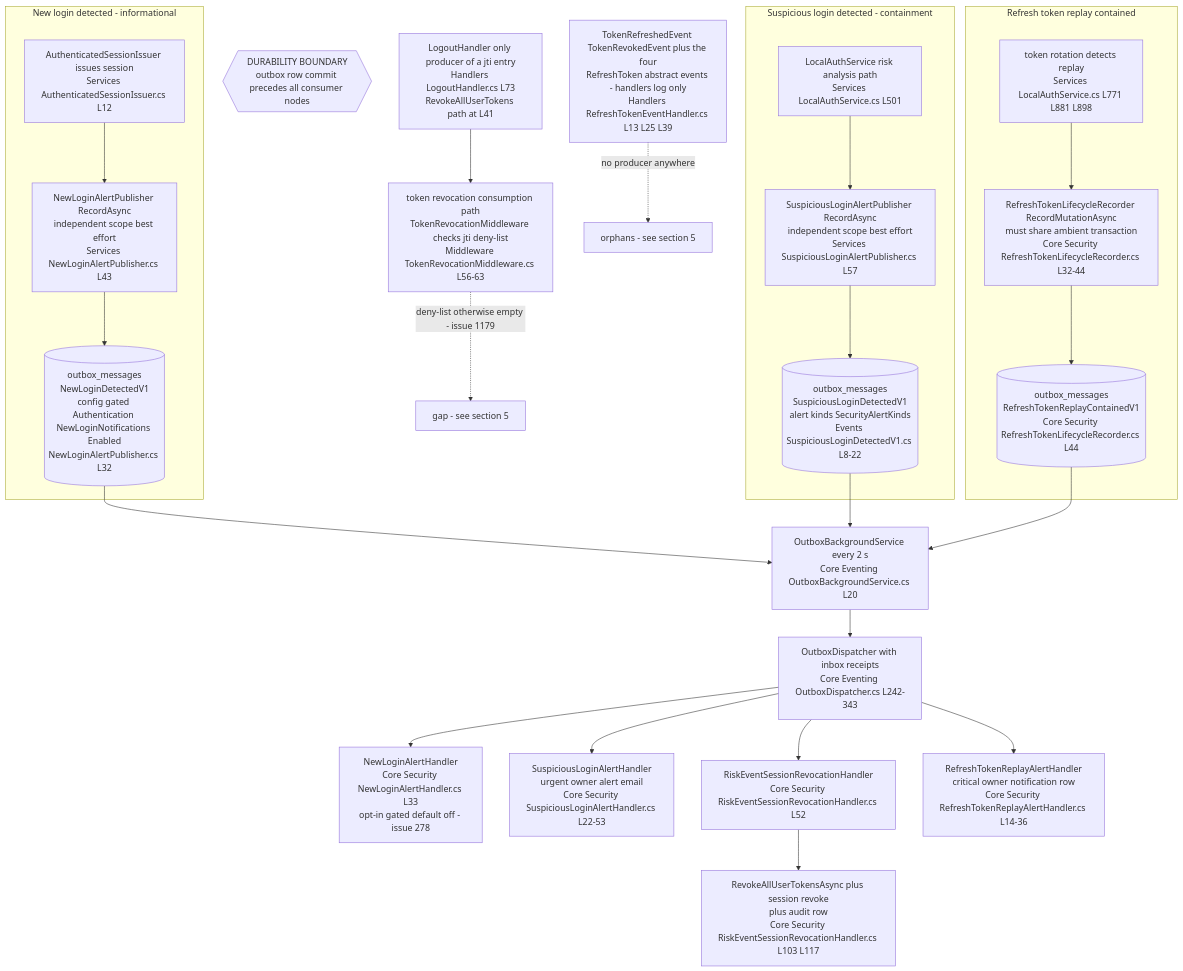
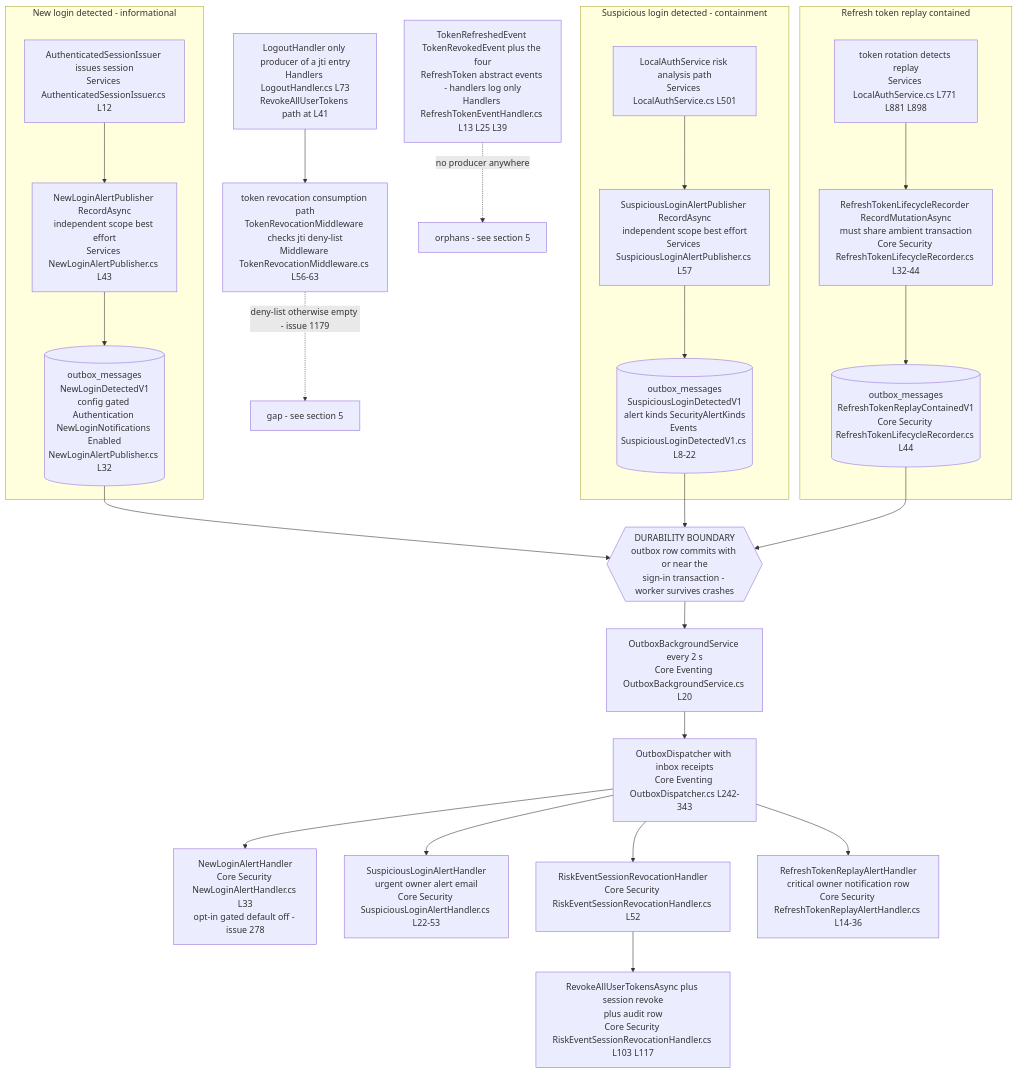
Before and after one commit to gameguild-gg/gameguild: the third of 6 diagrams in docs/auth/event-flows.md, drawn with Mermaid. The commit also changed other lines of this file, not shown here.

Commit message:
docs(auth): connect durability boundary node in session/token diagram

````diff
--- a/docs/auth/event-flows.md
+++ b/docs/auth/event-flows.md
@@ -160,31 +160,32 @@
 ```mermaid
 flowchart TD
     subgraph NEWLOGIN["New login detected - informational"]
         ISS["AuthenticatedSessionIssuer issues session<br/>Services AuthenticatedSessionIssuer.cs L12"] --> NLP["NewLoginAlertPublisher RecordAsync<br/>independent scope best effort<br/>Services NewLoginAlertPublisher.cs L43"]
         NLP --> OB1[("outbox_messages<br/>NewLoginDetectedV1<br/>config gated Authentication NewLoginNotifications Enabled<br/>NewLoginAlertPublisher.cs L32")]
     end
     subgraph SUSPICIOUS["Suspicious login detected - containment"]
         RISK["LocalAuthService risk analysis path<br/>Services LocalAuthService.cs L501"] --> SLP["SuspiciousLoginAlertPublisher RecordAsync<br/>independent scope best effort<br/>Services SuspiciousLoginAlertPublisher.cs L57"]
         SLP --> OB2[("outbox_messages<br/>SuspiciousLoginDetectedV1<br/>alert kinds SecurityAlertKinds<br/>Events SuspiciousLoginDetectedV1.cs L8-22")]
     end
     subgraph REPLAY["Refresh token replay contained"]
         REF["token rotation detects replay<br/>Services LocalAuthService.cs L771 L881 L898"] --> RLR["RefreshTokenLifecycleRecorder RecordMutationAsync<br/>must share ambient transaction<br/>Core Security RefreshTokenLifecycleRecorder.cs L32-44"]
         RLR --> OB3[("outbox_messages<br/>RefreshTokenReplayContainedV1<br/>Core Security RefreshTokenLifecycleRecorder.cs L44")]
     end
-    OB1 --> W["OutboxBackgroundService every 2 s<br/>Core Eventing OutboxBackgroundService.cs L20"]
-    OB2 --> W
-    OB3 --> W
+    OB1 --> SUBTITLE
+    OB2 --> SUBTITLE
+    OB3 --> SUBTITLE
+    SUBTITLE{{"DURABILITY BOUNDARY<br/>outbox row commits with or near the<br/>sign-in transaction - worker survives crashes"}}
+    SUBTITLE --> W["OutboxBackgroundService every 2 s<br/>Core Eventing OutboxBackgroundService.cs L20"]
     W --> D["OutboxDispatcher with inbox receipts<br/>Core Eventing OutboxDispatcher.cs L242-343"]
     D --> NLH["NewLoginAlertHandler<br/>Core Security NewLoginAlertHandler.cs L33<br/>opt-in gated default off - issue 278"]
     D --> SLH["SuspiciousLoginAlertHandler<br/>urgent owner alert email<br/>Core Security SuspiciousLoginAlertHandler.cs L22-53"]
     D --> RVK["RiskEventSessionRevocationHandler<br/>Core Security RiskEventSessionRevocationHandler.cs L52"]
     D --> RTH["RefreshTokenReplayAlertHandler<br/>critical owner notification row<br/>Core Security RefreshTokenReplayAlertHandler.cs L14-36"]
     RVK --> RVT["RevokeAllUserTokensAsync plus session revoke<br/>plus audit row<br/>Core Security RiskEventSessionRevocationHandler.cs L103 L117"]
-    SUBTITLE{{"DURABILITY BOUNDARY<br/>outbox row commit precedes all consumer nodes"}}
     TOKREV["token revocation consumption path<br/>TokenRevocationMiddleware checks jti deny-list<br/>Middleware TokenRevocationMiddleware.cs L56-63"]
     LOGOUT["LogoutHandler only producer of a jti entry<br/>Handlers LogoutHandler.cs L73<br/>RevokeAllUserTokens path at L41"]
     LOGOUT --> TOKREV
     TOKREV -.->|"deny-list otherwise empty - issue 1179"| GAPX["gap - see section 5"]
     ORPHT["TokenRefreshedEvent TokenRevokedEvent plus the four<br/>RefreshToken abstract events - handlers log only<br/>Handlers RefreshTokenEventHandler.cs L13 L25 L39"]
     ORPHT -.->|"no producer anywhere"| X2["orphans - see section 5"]
 ```
````
